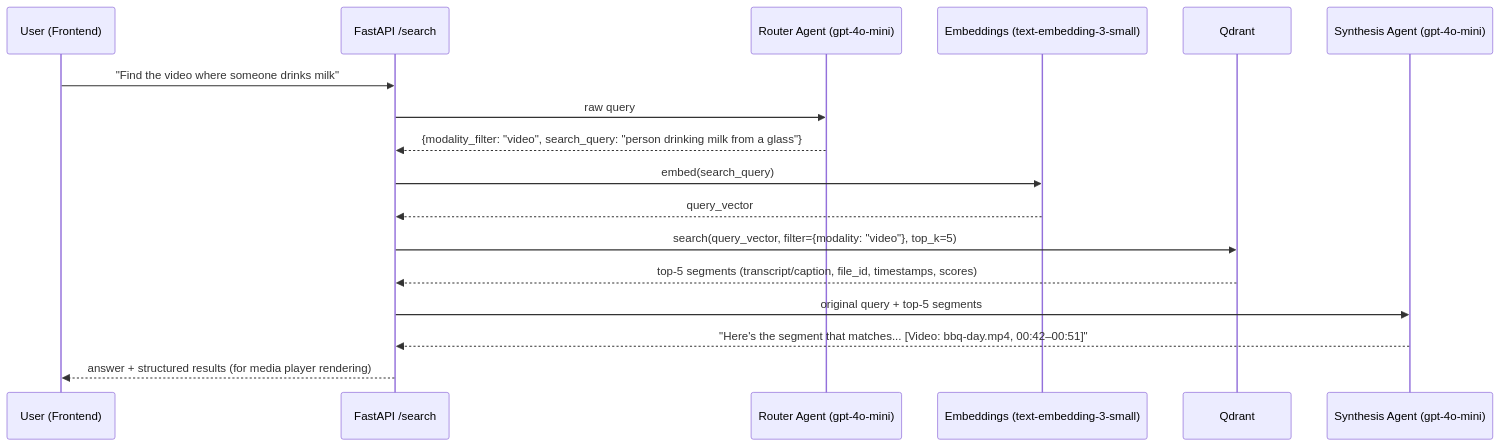
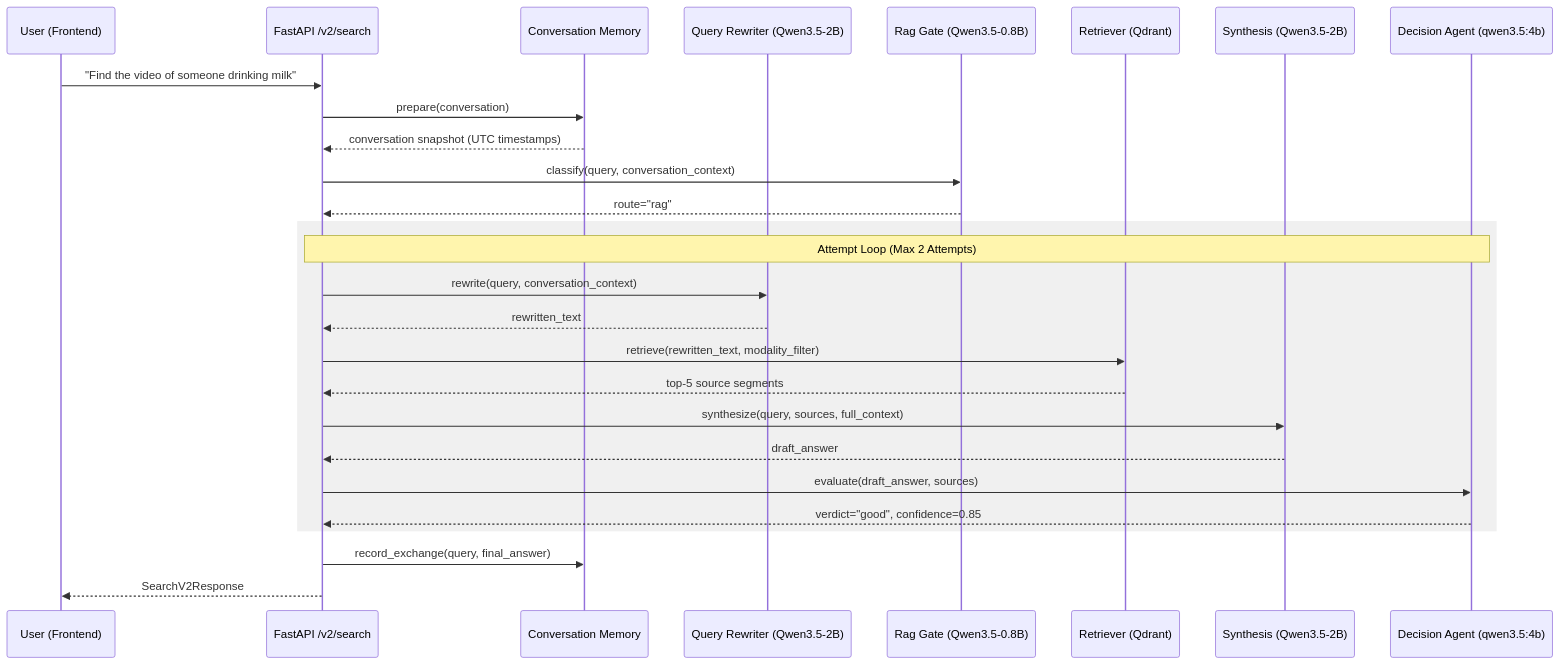
The fifth of 5 diagrams in docs/architecture/architecture.md (OmgItsAmmer/Scrutinize), drawn with Mermaid before and after one commit. The commit also changed other lines of this file and 43 other files, not shown here.

````diff
--- a/docs/architecture/architecture.md
+++ b/docs/architecture/architecture.md
@@ -207,20 +184,32 @@
 ```mermaid
 sequenceDiagram
     participant U as User (Frontend)
-    participant API as FastAPI /search
-    participant R as Router Agent (gpt-4o-mini)
-    participant E as Embeddings (text-embedding-3-small)
-    participant Q as Qdrant
-    participant S as Synthesis Agent (gpt-4o-mini)
+    participant API as FastAPI /v2/search
+    participant MEM as Conversation Memory
+    participant RW as Query Rewriter (Qwen3.5-2B)
+    participant G as Rag Gate (Qwen3.5-0.8B)
+    participant R as Retriever (Qdrant)
+    participant S as Synthesis (Qwen3.5-2B)
+    participant D as Decision Agent (qwen3.5:4b)
 
-    U->>API: "Find the video where someone drinks milk"
-    API->>R: raw query
-    R-->>API: {modality_filter: "video", search_query: "person drinking milk from a glass"}
-    API->>E: embed(search_query)
-    E-->>API: query_vector
-    API->>Q: search(query_vector, filter={modality: "video"}, top_k=5)
-    Q-->>API: top-5 segments (transcript/caption, file_id, timestamps, scores)
-    API->>S: original query + top-5 segments
-    S-->>API: "Here's the segment that matches... [Video: bbq-day.mp4, 00:42–00:51]"
-    API-->>U: answer + structured results (for media player rendering)
+    U->>API: "Find the video of someone drinking milk"
+    API->>MEM: prepare(conversation)
+    MEM-->>API: conversation snapshot (UTC timestamps)
+    API->>G: classify(query, conversation_context)
+    G-->>API: route="rag"
+    
+    rect rgb(240, 240, 240)
+        Note over API, D: Attempt Loop (Max 2 Attempts)
+        API->>RW: rewrite(query, conversation_context)
+        RW-->>API: rewritten_text
+        API->>R: retrieve(rewritten_text, modality_filter)
+        R-->>API: top-5 source segments
+        API->>S: synthesize(query, sources, full_context)
+        S-->>API: draft_answer
+        API->>D: evaluate(draft_answer, sources)
+        D-->>API: verdict="good", confidence=0.85
+    end
+
+    API->>MEM: record_exchange(query, final_answer)
+    API-->>U: SearchV2Response
 ```
````
